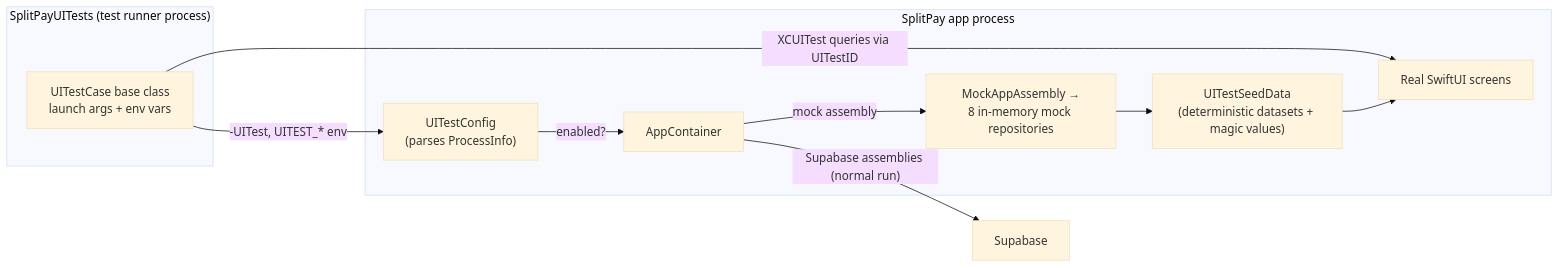
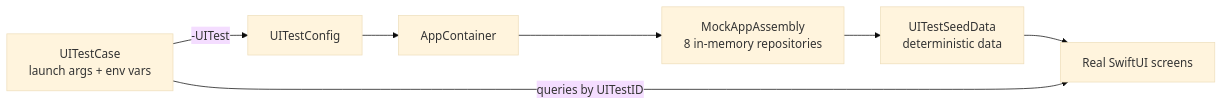
Before and after one commit to coquach/split-bill-app: the seventh of 7 diagrams in README.md, drawn with Mermaid (base theme). The commit also changed other lines of this file and 4 other files, not shown here.

````diff
--- a/README.md
+++ b/README.md
@@ -314,20 +627,9 @@
 ```mermaid
 flowchart LR
-    subgraph TEST["SplitPayUITests (test runner process)"]
-        TC["UITestCase base class<br/>launch args + env vars"]
-    end
-    subgraph APPPROC["SplitPay app process"]
-        CFG["UITestConfig<br/>(parses ProcessInfo)"]
-        ASM["AppContainer"]
-        MOCK["MockAppAssembly →<br/>8 in-memory mock repositories"]
-        SEED["UITestSeedData<br/>(deterministic datasets + magic values)"]
-        SCREENS["Real SwiftUI screens"]
-    end
-
-    TC -- "-UITest, UITEST_* env" --> CFG
-    CFG -- enabled? --> ASM
-    ASM -- "mock assembly" --> MOCK --> SEED
-    ASM -- "Supabase assemblies (normal run)" --> SUPA[Supabase]
-    SEED --> SCREENS
-    TC -- "XCUITest queries via UITestID" --> SCREENS
+    TC["UITestCase<br/>launch args + env vars"] -- "-UITest" --> CFG["UITestConfig"]
+    CFG --> ASM["AppContainer"]
+    ASM --> MOCK["MockAppAssembly<br/>8 in-memory repositories"]
+    MOCK --> SEED["UITestSeedData<br/>deterministic data"]
+    SEED --> SCREENS["Real SwiftUI screens"]
+    TC -- "queries by UITestID" --> SCREENS
 ```
````
